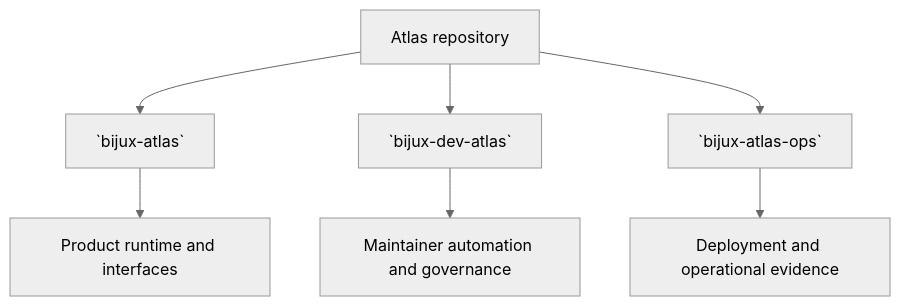
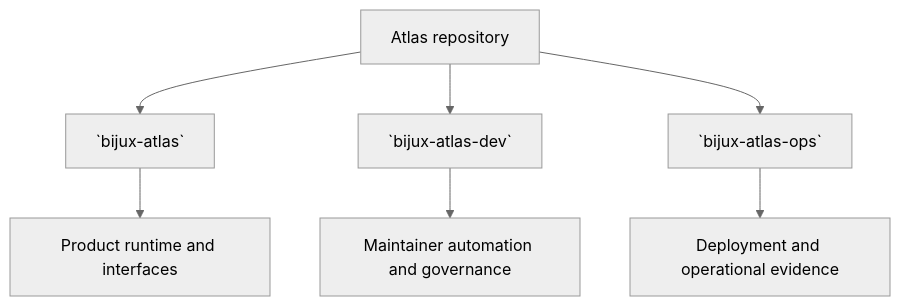
One commit to bijux/bijux-atlas changed the diagram in docs/bijux-atlas/foundations/package-ownership.md. Above: the diagram before and after it, drawn with Mermaid (neutral theme). The commit also changed other lines of this file and 715 other files, not shown here.

Commit message:
refactor(workspace): rename bijux-atlas-dev maintainer crate

````diff
--- a/docs/bijux-atlas/foundations/package-ownership.md
+++ b/docs/bijux-atlas/foundations/package-ownership.md
@@ -22,10 +22,10 @@
 ```mermaid
 flowchart TD
     Repo[Atlas repository] --> Product[`bijux-atlas`]
-    Repo --> ControlPlane[`bijux-dev-atlas`]
+    Repo --> ControlPlane[`bijux-atlas-dev`]
     Repo --> Ops[`bijux-atlas-ops`]
 
     Product --> Runtime[Product runtime and interfaces]
     ControlPlane --> Governance[Maintainer automation and governance]
     Ops --> Operations[Deployment and operational evidence]
 ```
````
